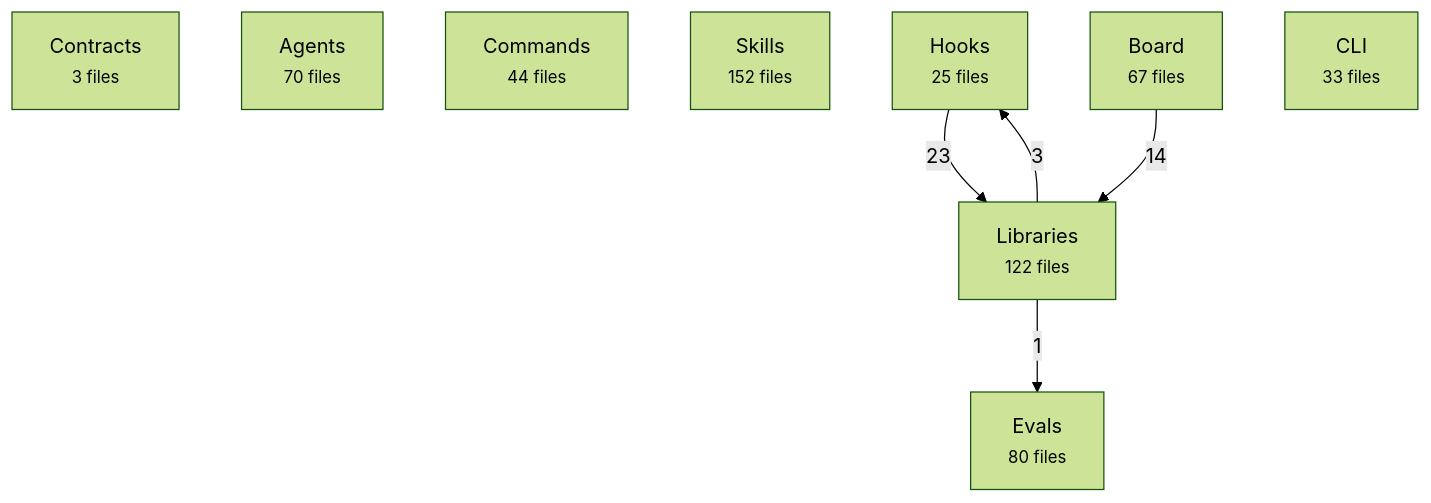
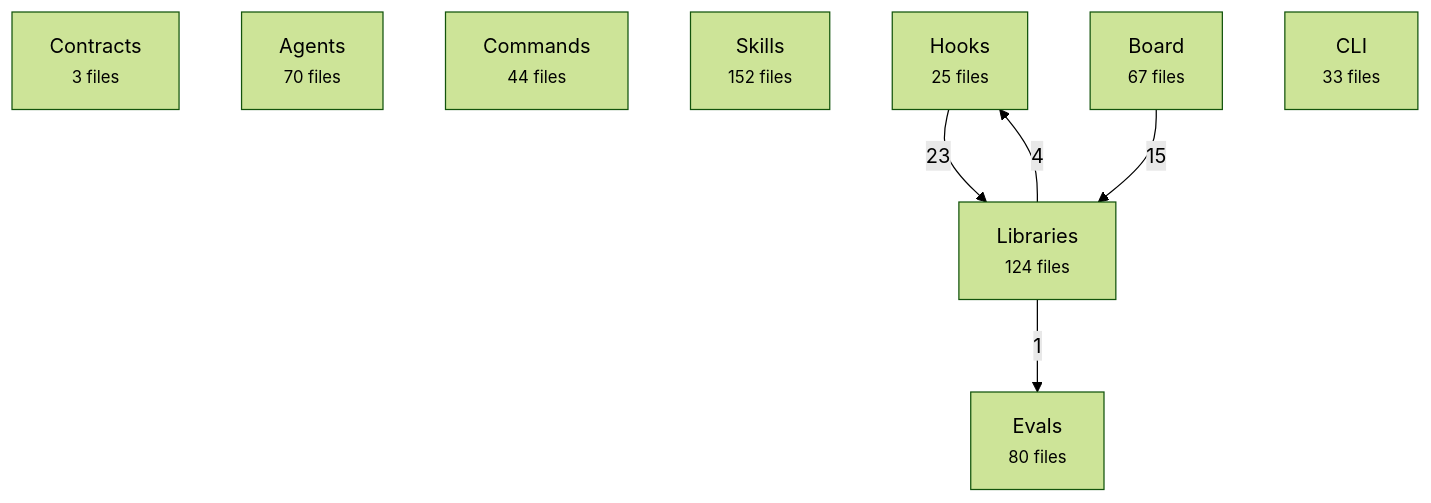
Before and after one commit to avelikiy/great_cto: the first of 2 diagrams in docs/reference/architecture-map.md, drawn with Mermaid (forest theme). The commit also changed other lines of this file and 11 other files, not shown here.

````diff
--- a/docs/reference/architecture-map.md
+++ b/docs/reference/architecture-map.md
@@ -20,16 +20,16 @@
 ```mermaid
 flowchart TD
   contracts["Contracts<br/><small>3 files</small>"]
   agents["Agents<br/><small>70 files</small>"]
   commands["Commands<br/><small>44 files</small>"]
   skills["Skills<br/><small>152 files</small>"]
   hooks["Hooks<br/><small>25 files</small>"]
-  libs["Libraries<br/><small>122 files</small>"]
+  libs["Libraries<br/><small>124 files</small>"]
   board["Board<br/><small>67 files</small>"]
   cli["CLI<br/><small>33 files</small>"]
   evals["Evals<br/><small>80 files</small>"]
   hooks -->|23| libs
-  board -->|14| libs
-  libs -->|3| hooks
+  board -->|15| libs
+  libs -->|4| hooks
   libs -->|1| evals
 ```
````
